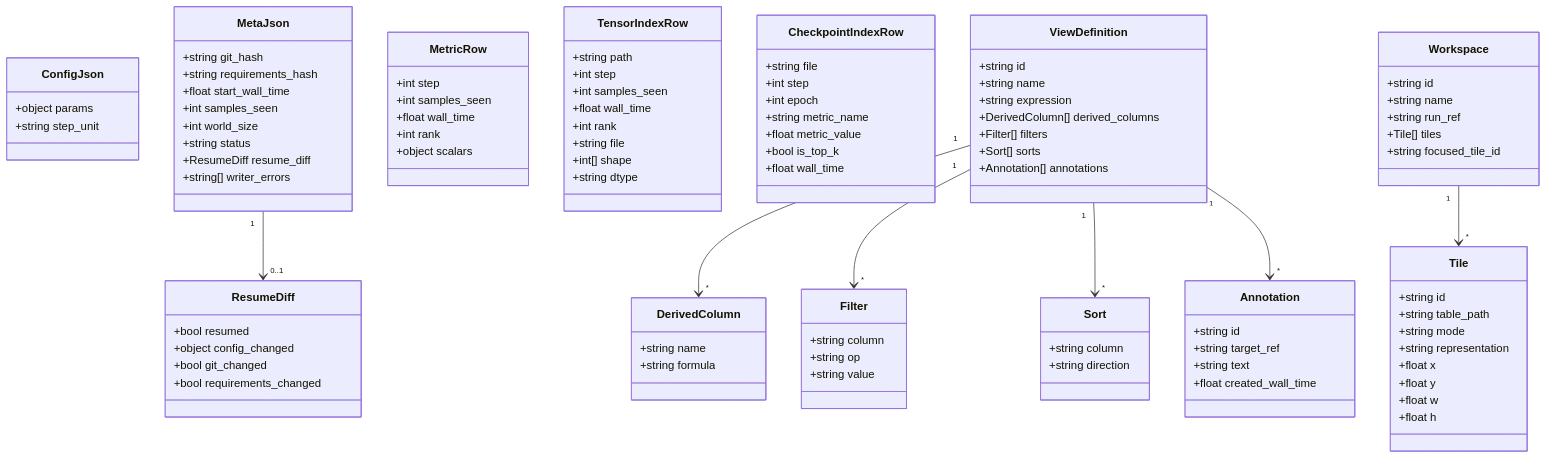
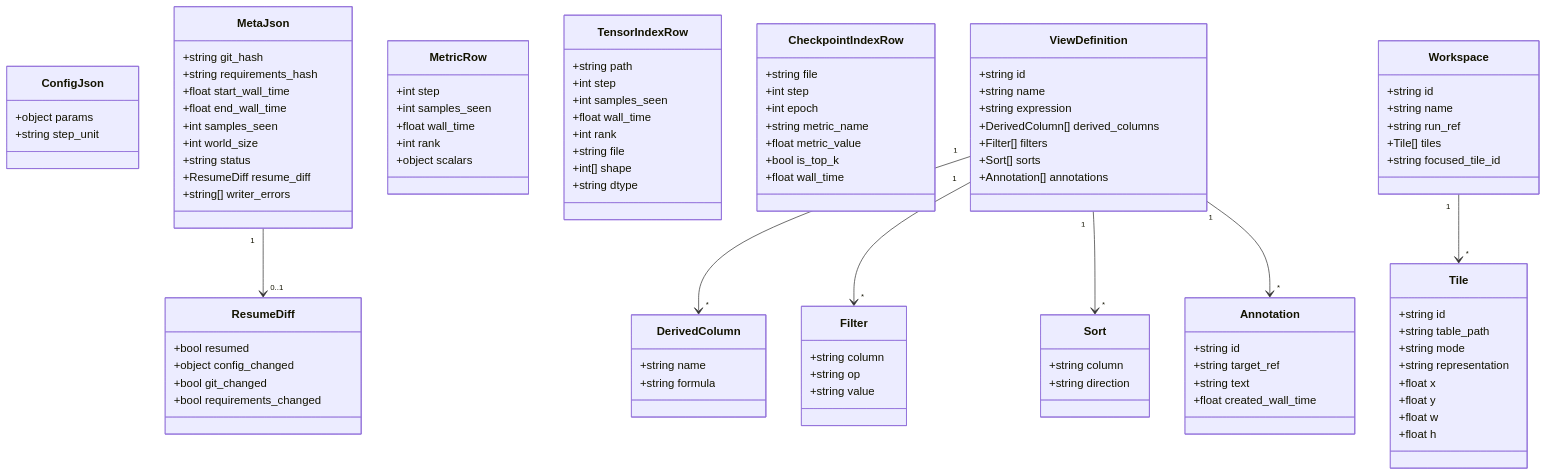
Before and after one commit to vladkalinichencko/log: the second of 11 diagrams in SPEC.md, drawn with Mermaid. The commit also changed other lines of this file and 9 other files, not shown here.

```diff
--- a/SPEC.md
+++ b/SPEC.md
@@ -443,6 +443,7 @@
         +string git_hash
         +string requirements_hash
         +float start_wall_time
+        +float end_wall_time
         +int samples_seen
         +int world_size
         +string status
```
